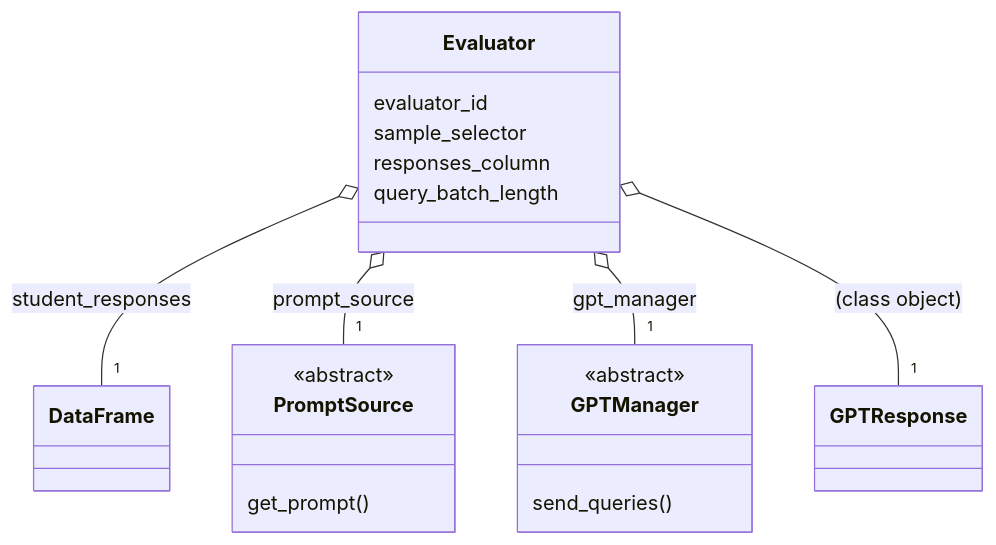
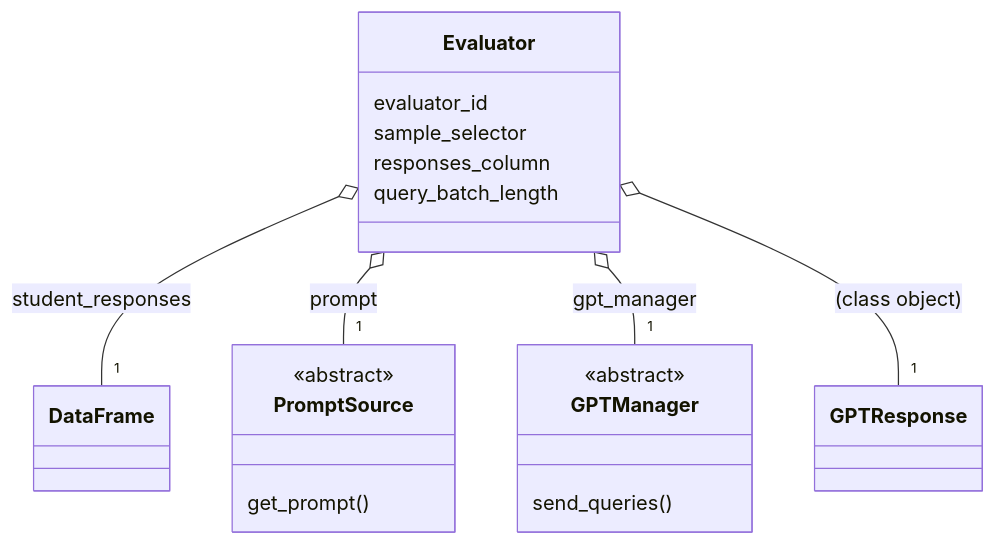
One commit to ulpgc-ai/evalia changed the second of 5 diagrams in class_architecture.md. Above: the diagram before and after it, drawn with Mermaid. The commit also changed other lines of this file and 12 other files, not shown here.

````diff
--- a/class_architecture.md
+++ b/class_architecture.md
@@ -49,23 +49,23 @@
 ```mermaid
 classDiagram
     class Evaluator {
         evaluator_id
         sample_selector
         responses_column
         query_batch_length
     }
     class PromptSource {
         <<abstract>>
         get_prompt()
     }
     class GPTManager {
         <<abstract>>
         send_queries()
     }
 
     Evaluator o-- "1" DataFrame: student_responses
-    Evaluator o-- "1" PromptSource: prompt_source
+    Evaluator o-- "1" PromptSource: prompt
     Evaluator o-- "1" GPTManager: gpt_manager
     Evaluator o-- "1" GPTResponse: (class object)
 
 ```
````
